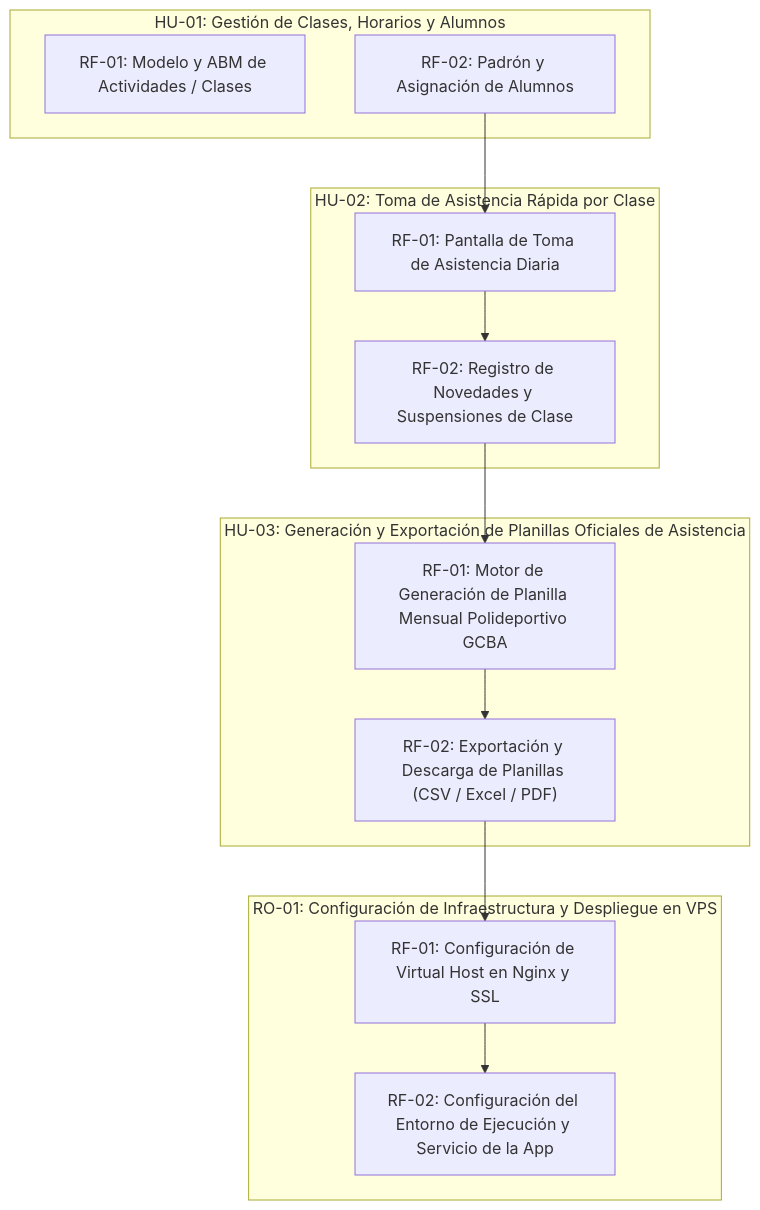
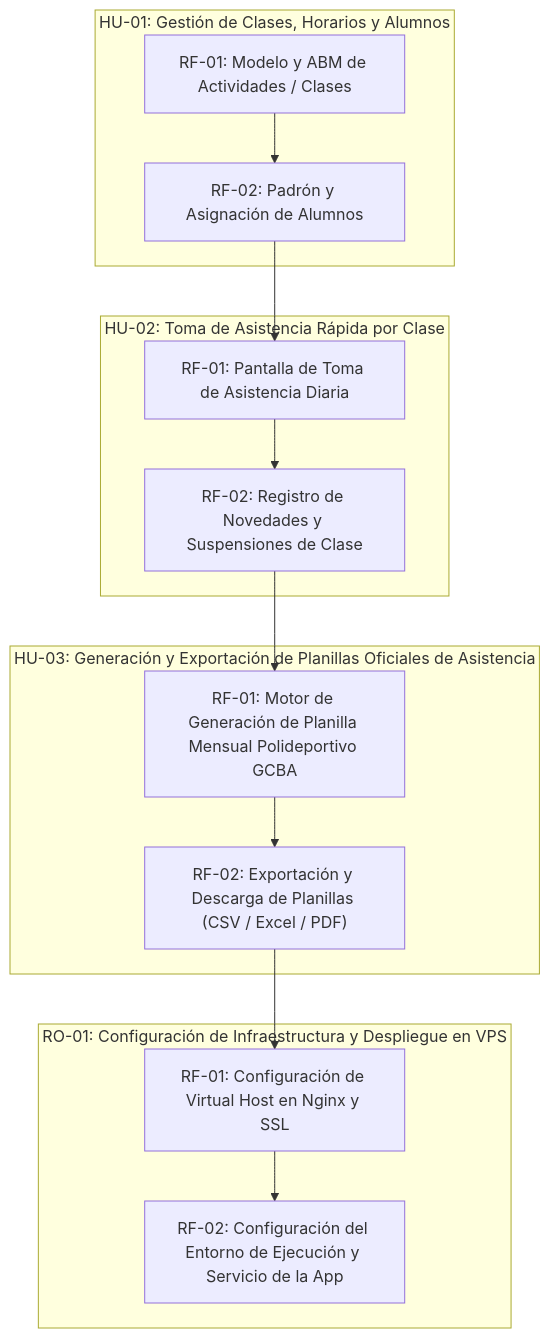
Before and after one commit to fiemcasals/fit: the diagram in scrumDocs/grafo.md, drawn with Mermaid. The commit also changed other lines of this file, not shown here.

````diff
--- a/scrumDocs/grafo.md
+++ b/scrumDocs/grafo.md
@@ -5,25 +5,26 @@
 ```mermaid
 graph TD
   subgraph US_1790948668521["HU-01: Gestión de Clases, Horarios y Alumnos"]
     REQ_1790949656542["RF-01: Modelo y ABM de Actividades / Clases"]
     REQ_1790949656650["RF-02: Padrón y Asignación de Alumnos"]
   end
   subgraph US_1790948668690["HU-02: Toma de Asistencia Rápida por Clase"]
     REQ_1790949656797["RF-01: Pantalla de Toma de Asistencia Diaria"]
     REQ_1790949656976["RF-02: Registro de Novedades y Suspensiones de Clase"]
   end
   subgraph US_1790948668768["HU-03: Generación y Exportación de Planillas Oficiales de Asistencia"]
     REQ_1790949657128["RF-01: Motor de Generación de Planilla Mensual Polideportivo GCBA"]
     REQ_1790949657258["RF-02: Exportación y Descarga de Planillas (CSV / Excel / PDF)"]
   end
   subgraph US_1790948668902["RO-01: Configuración de Infraestructura y Despliegue en VPS"]
     REQ_1790948668917["RF-01: Configuración de Virtual Host en Nginx y SSL"]
     REQ_1790949657375["RF-02: Configuración del Entorno de Ejecución y Servicio de la App"]
   end
+  REQ_1790949656542 --> REQ_1790949656650
   REQ_1790949656650 --> REQ_1790949656797
   REQ_1790949656797 --> REQ_1790949656976
   REQ_1790949656976 --> REQ_1790949657128
   REQ_1790949657128 --> REQ_1790949657258
   REQ_1790949657258 --> REQ_1790948668917
   REQ_1790948668917 --> REQ_1790949657375
 ```
````
